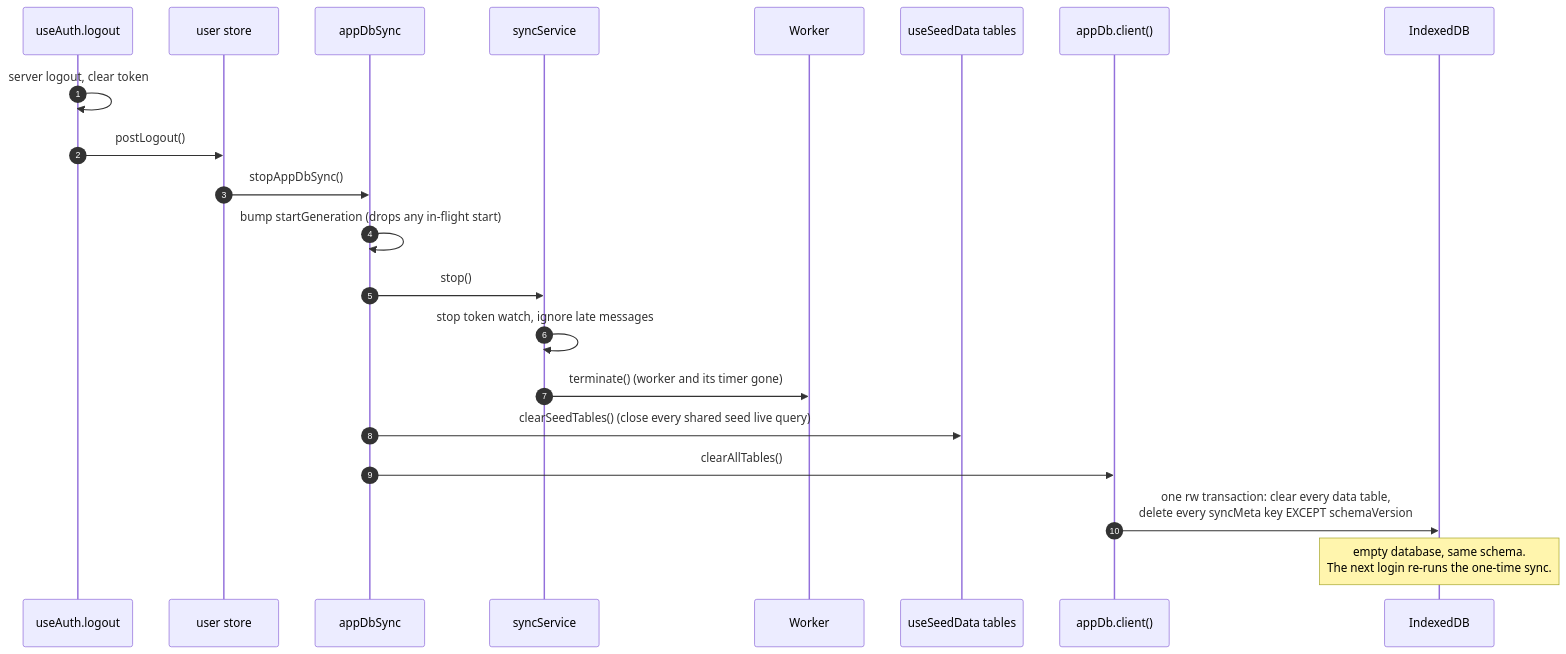
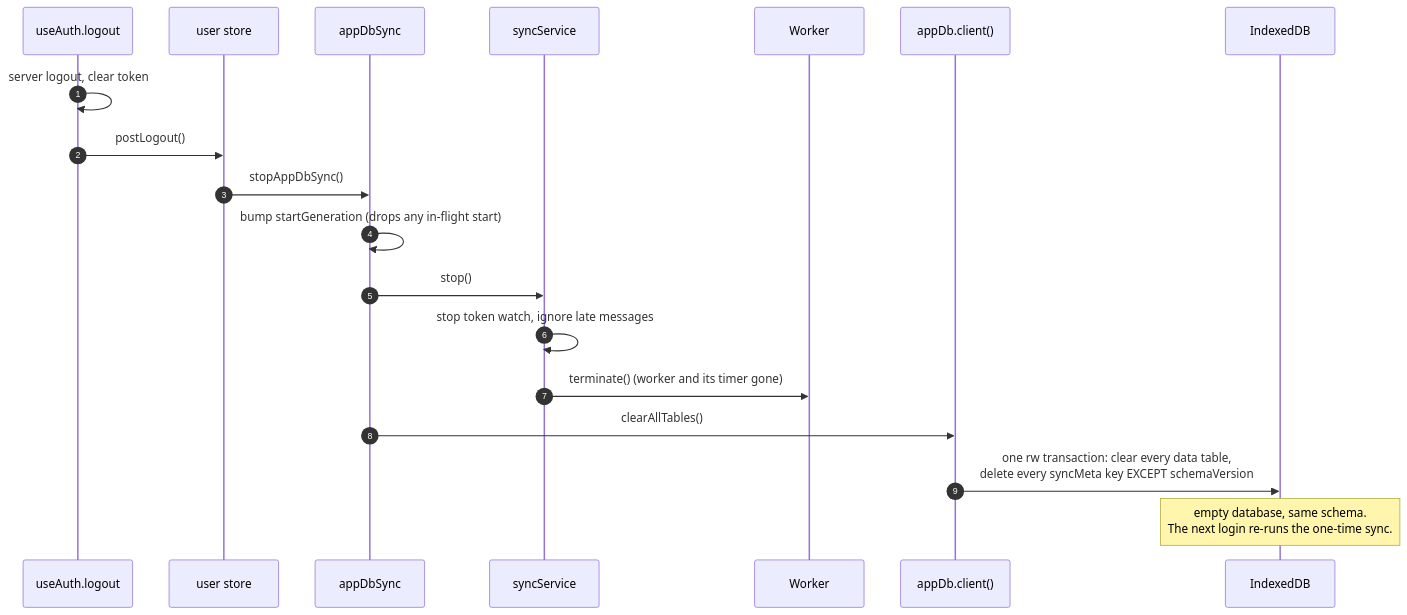
One commit to hotwax/accxui changed the ninth of 9 diagrams in docs/APP_DB_SYNC_FLOWS.md. Above: the diagram before and after it, drawn with Mermaid. The commit also changed other lines of this file and 12 other files, not shown here.

````diff
--- a/docs/APP_DB_SYNC_FLOWS.md
+++ b/docs/APP_DB_SYNC_FLOWS.md
@@ -309,24 +310,22 @@
 ```mermaid
 sequenceDiagram
     autonumber
     participant AUTH as useAuth.logout
     participant US as user store
     participant SAS as appDbSync
     participant SS as syncService
     participant H as Worker
-    participant SD as useSeedData tables
     participant C as appDb.client()
     participant DB as IndexedDB
 
     AUTH->>AUTH: server logout, clear token
     AUTH->>US: postLogout()
     US->>SAS: stopAppDbSync()
     SAS->>SAS: bump startGeneration (drops any in-flight start)
     SAS->>SS: stop()
     SS->>SS: stop token watch, ignore late messages
     SS->>H: terminate() (worker and its timer gone)
-    SAS->>SD: clearSeedTables() (close every shared seed live query)
     SAS->>C: clearAllTables()
     C->>DB: one rw transaction: clear every data table,<br/>delete every syncMeta key EXCEPT schemaVersion
     Note over DB: empty database, same schema.<br/>The next login re-runs the one-time sync.
 ```
````
